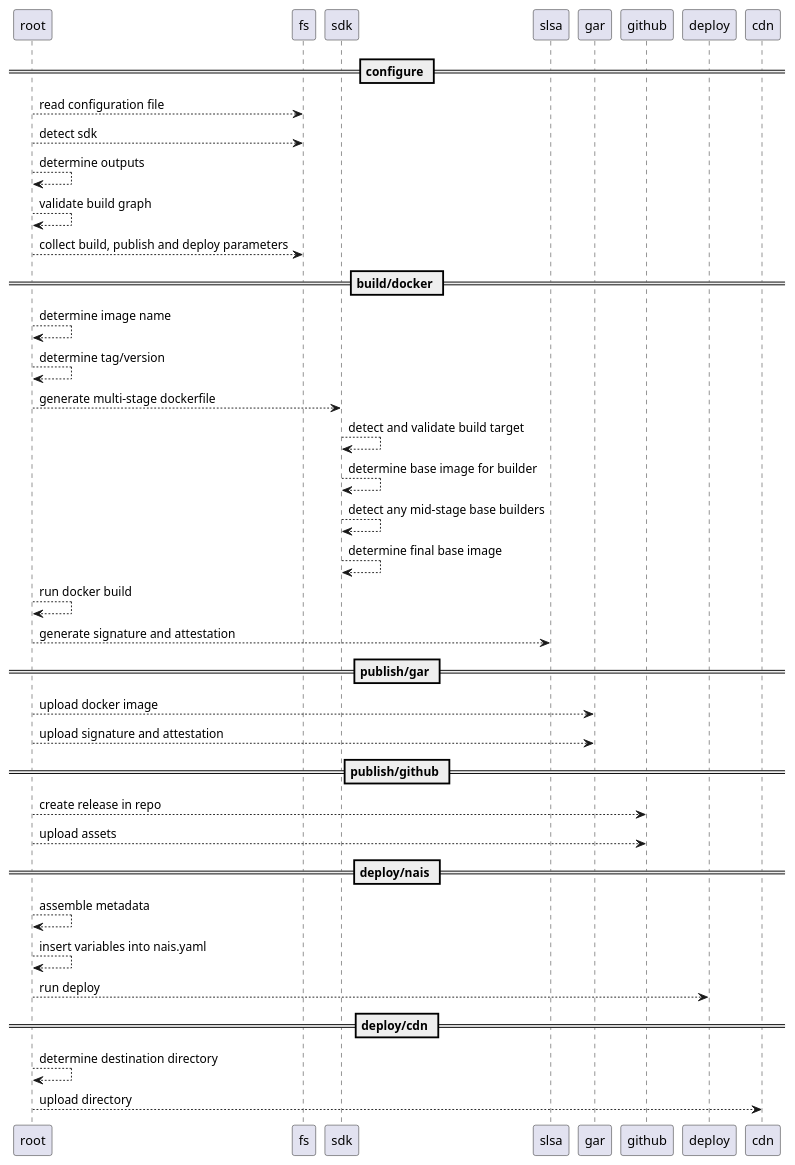
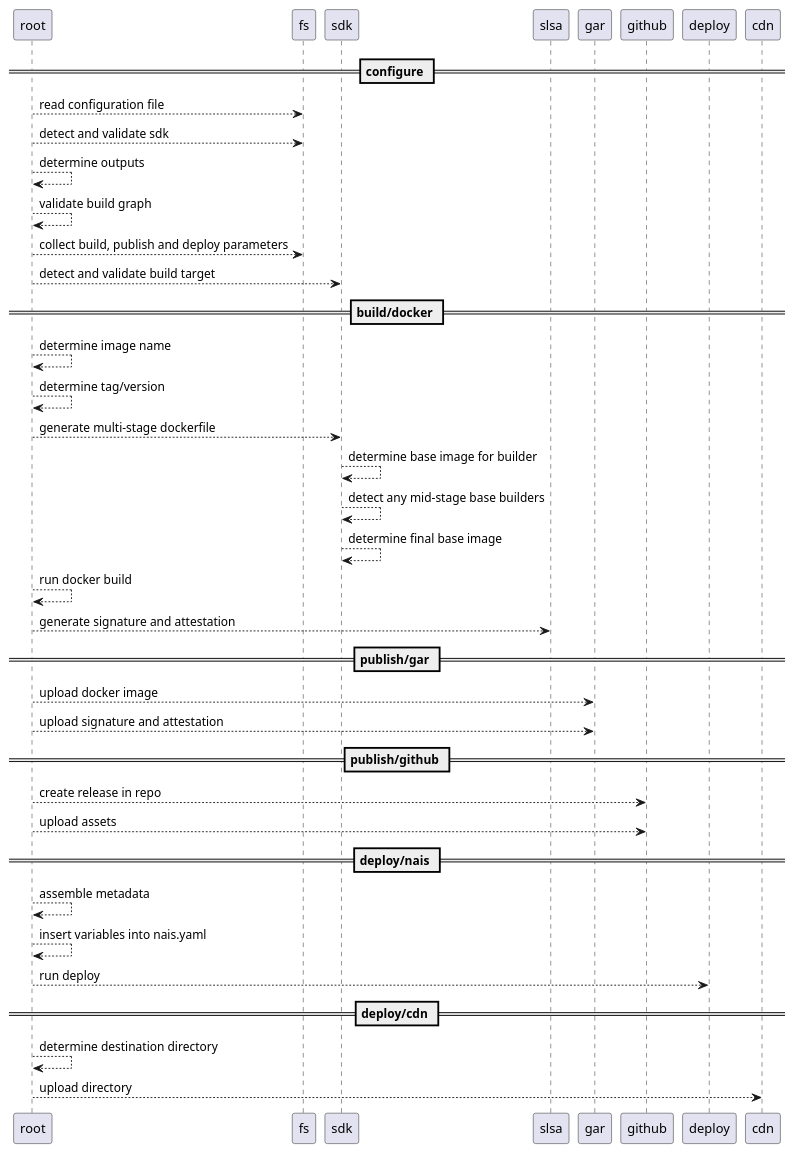
The diagram in diagrams/build-process.puml (nais/build), drawn with PlantUML before and after one commit. The commit also changed 2 other files, not shown here.

Commit message:
Example SDK docker version strings

```diff
--- a/diagrams/build-process.puml
+++ b/diagrams/build-process.puml
@@ -1,38 +1,38 @@
 @startuml
 
 == configure ==
 root --> fs: read configuration file
-root --> fs: detect sdk
+root --> fs: detect and validate sdk
 root --> root: determine outputs
 root --> root: validate build graph
 root --> fs: collect build, publish and deploy parameters
+root --> sdk: detect and validate build target
 
 == build/docker ==
 root --> root: determine image name
 root --> root: determine tag/version
 root --> sdk: generate multi-stage dockerfile
-sdk --> sdk: detect and validate build target
 sdk --> sdk: determine base image for builder
 sdk --> sdk: detect any mid-stage base builders
 sdk --> sdk: determine final base image
 root --> root: run docker build
 root --> slsa: generate signature and attestation
 
 == publish/gar ==
 root --> gar: upload docker image
 root --> gar: upload signature and attestation
 
 == publish/github ==
 root --> github: create release in repo
 root --> github: upload assets
 
 == deploy/nais ==
 root --> root: assemble metadata
 root --> root: insert variables into nais.yaml
 root --> deploy: run deploy
 
 == deploy/cdn ==
 root --> root: determine destination directory
 root --> cdn: upload directory
 
 @enduml
```
